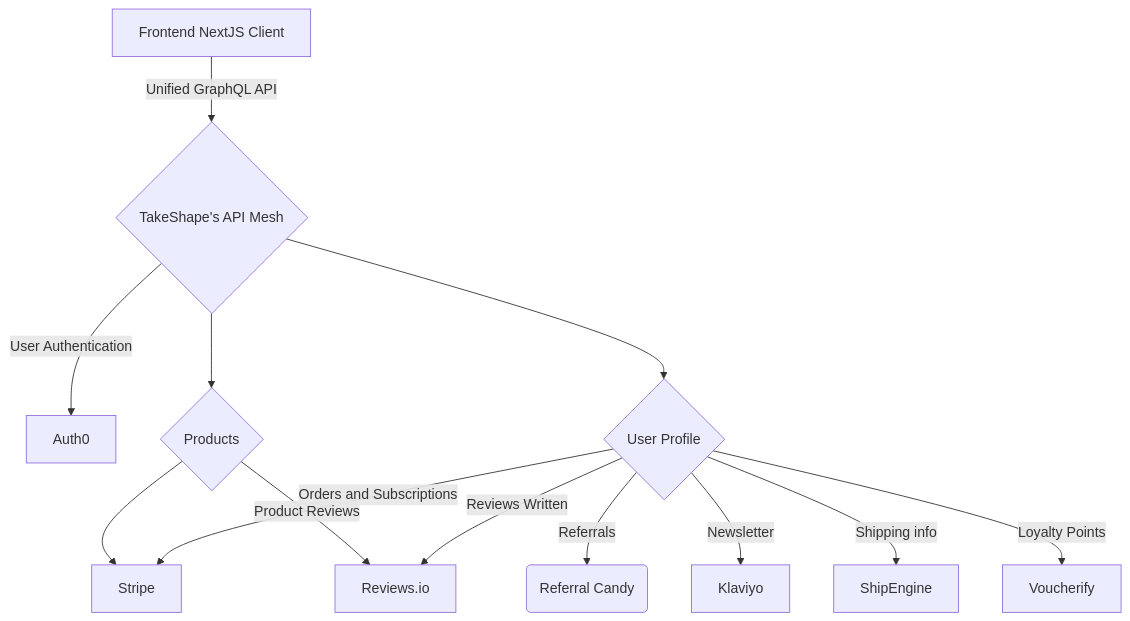
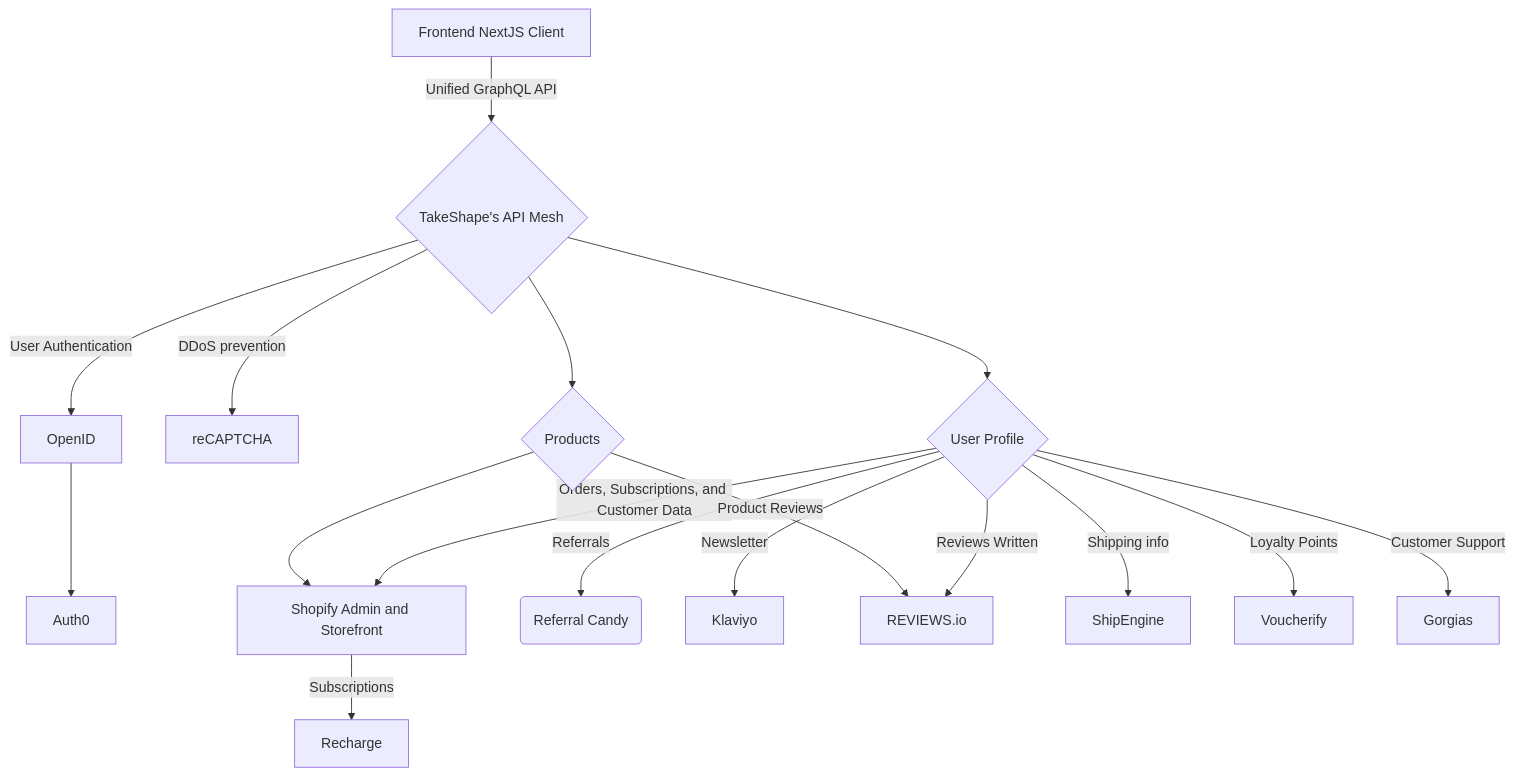
One commit to takeshape/penny changed the diagram in README.md. Above: the diagram before and after it, drawn with Mermaid. The commit also changed other lines of this file, not shown here.

Commit message:
Updated mermaid graph and feature list

````diff
--- a/README.md
+++ b/README.md
@@ -45,15 +48,19 @@
 ```mermaid
 graph TD
     A[Frontend NextJS Client] --> |Unified GraphQL API| Mesh{TakeShape's API Mesh}
-    Mesh --> |User Authentication| Auth0
+    Mesh --> |User Authentication| OpenID
+    Mesh --> |DDoS prevention| reCAPTCHA
+    OpenID --> Auth0
     Mesh --> P{Products}
-    P --> Stripe
+    P --> Shopify[Shopify Admin and Storefront]
     Mesh --> UP{User Profile}
     UP --> |Referrals| RC(Referral Candy)
-    UP --> |Orders and Subscriptions| Stripe
+    UP --> |Orders, Subscriptions, and Customer Data| Shopify
     UP --> |Newsletter| Klaviyo
-    P --> |Product Reviews| Reviews.io
-    UP --> |Reviews Written| Reviews.io
+    P --> |Product Reviews| REVIEWS.io
+    UP --> |Reviews Written| REVIEWS.io
     UP --> |Shipping info| ShipEngine
     UP --> |Loyalty Points| Voucherify
+    UP --> |Customer Support| Gorgias
+    Shopify --> |Subscriptions| Recharge
 ```
````
